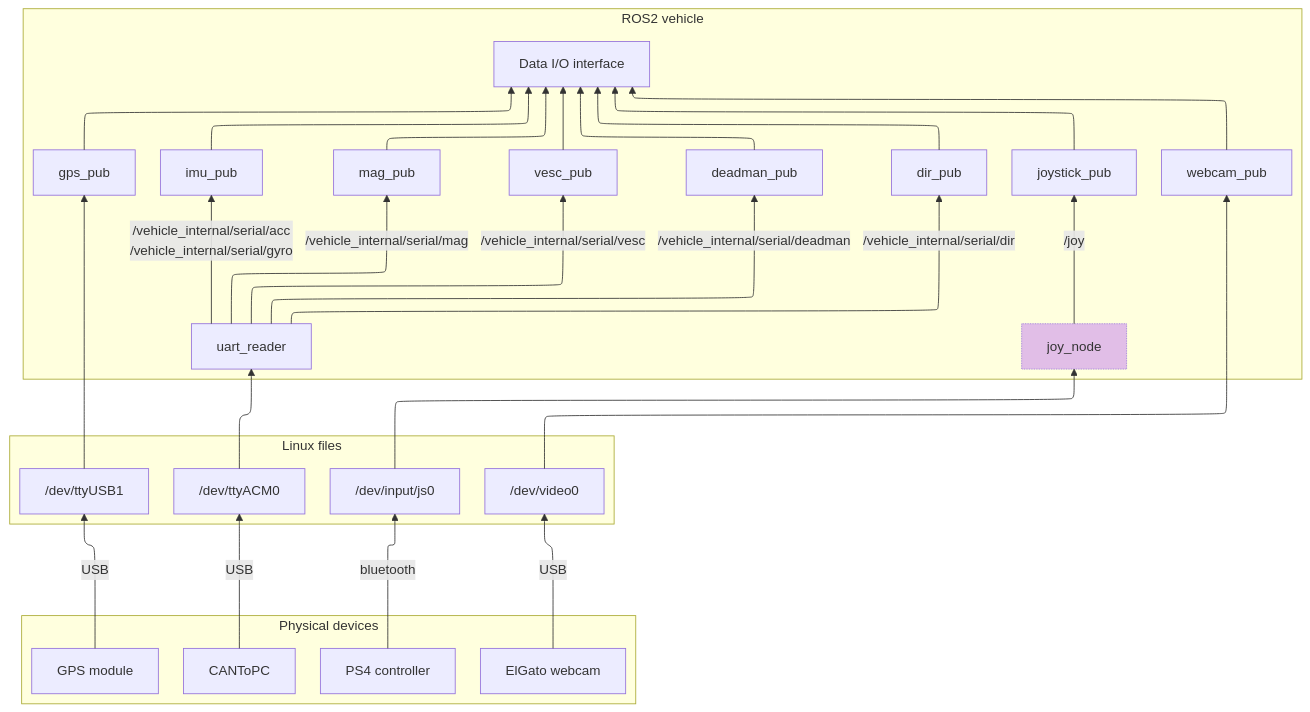
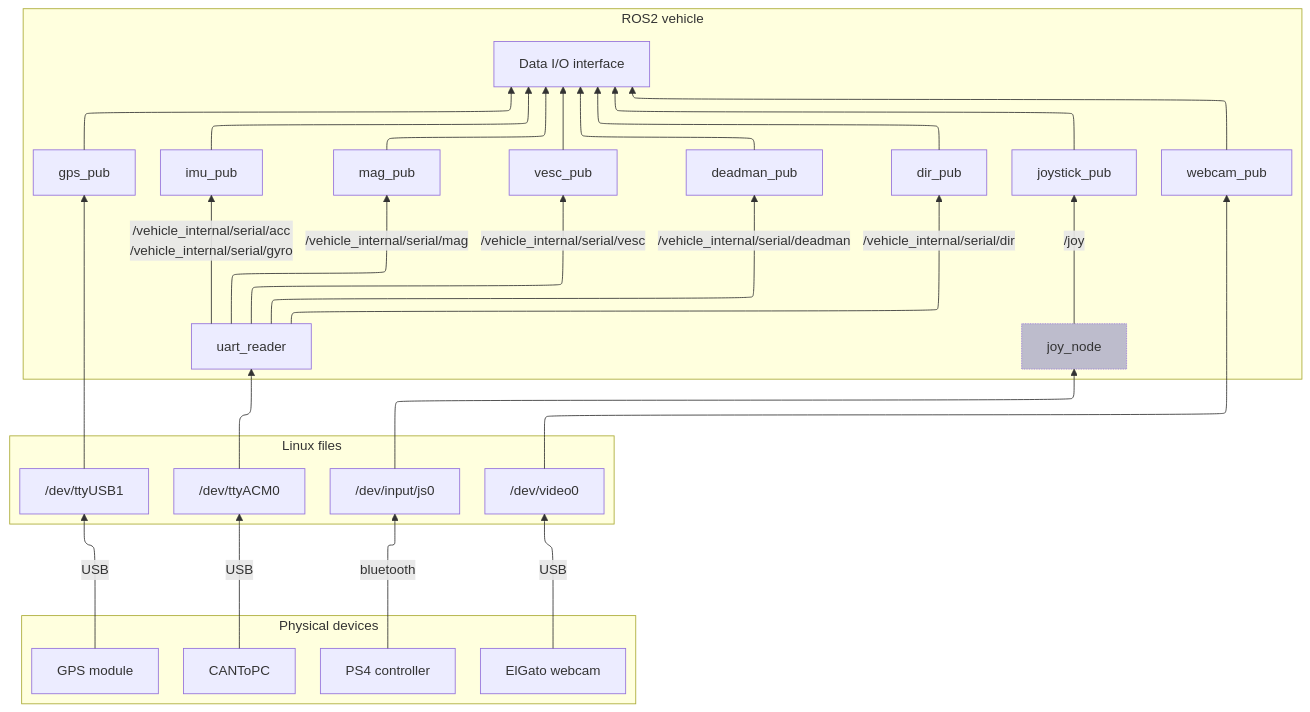
The second of 2 diagrams in README.md (TecnicoFuelCell/autonomous-systems-vehicle), drawn with Mermaid before and after one commit.

Commit message:
doc: change joy_node background color

````diff
--- a/README.md
+++ b/README.md
@@ -38,72 +38,72 @@
 ```mermaid
 ---
 config:
   layout: elk
 ---
 flowchart BT
  subgraph s1["ROS2 vehicle"]
         n1["deadman_pub"]
         n2["dir_pub"]
         n3["gps_pub"]
         n4["imu_pub"]
         n5["joystick_pub"]
         n6["mag_pub"]
         n7["uart_reader"]
         n8["vesc_pub"]
         n9["webcam_pub"]
         n12["joy_node"]
         n19["Data I/O interface"]
   end
  subgraph s2["Linux files"]
         n10["/dev/ttyUSB1"]
         n11["/dev/input/js0"]
         n13["/dev/ttyACM0"]
         n14["/dev/video0"]
   end
  subgraph s3["Physical devices"]
         n15["GPS module"]
         n16["PS4 controller"]
         n17["CANToPC"]
         n18["ElGato webcam"]
   end
     n7 -- /vehicle_internal/serial/acc <br>/vehicle_internal/serial/gyro --> n4
     n7 -- /vehicle_internal/serial/dir --> n2
     n7 -- /vehicle_internal/serial/deadman --> n1
     n7 -- /vehicle_internal/serial/vesc --> n8
     n7 -- /vehicle_internal/serial/mag --> n6
     n11 --> n12
     n13 --> n7
     n12 -- /joy --> n5
     n14 --> n9
     n10 --> n3
     n15 -- USB --> n10
     n16 -- bluetooth --> n11
     n17 -- USB --> n13
     n18 -- USB --> n14
     n3 --> n19
     n5 --> n19
     n9 --> n19
     n6 --> n19
     n8 --> n19
     n1 --> n19
     n2 --> n19
     n4 --> n19
 
     n2@{ shape: rect}
     n3@{ shape: rect}
     n4@{ shape: rect}
     n5@{ shape: rect}
     n6@{ shape: rect}
     n7@{ shape: rect}
     n8@{ shape: rect}
     n9@{ shape: rect}
     n19@{ shape: rect}
     n10@{ shape: rect}
     n11@{ shape: rect}
     n13@{ shape: rect}
     n15@{ shape: rect}
     n16@{ shape: rect}
     n17@{ shape: rect}
     n18@{ shape: rect}
-    style n12 fill:#E1BEE7,stroke-width:1px,stroke-dasharray: 1
+    style n12 fill:#BDBCCC,stroke-width:1px,stroke-dasharray: 1
 ```
````
